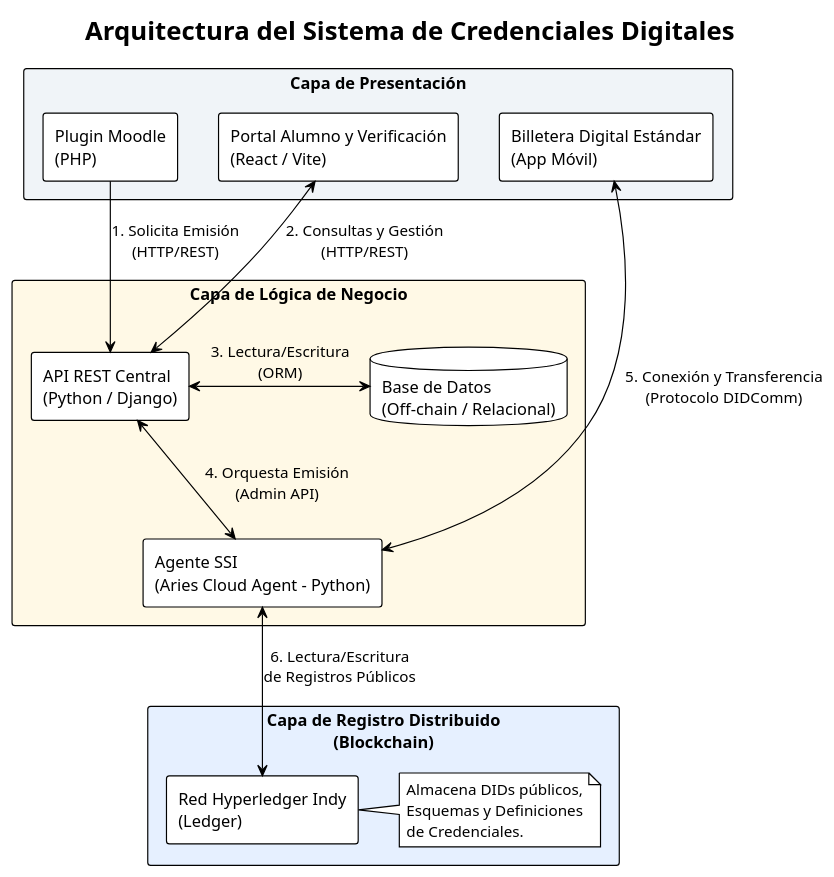
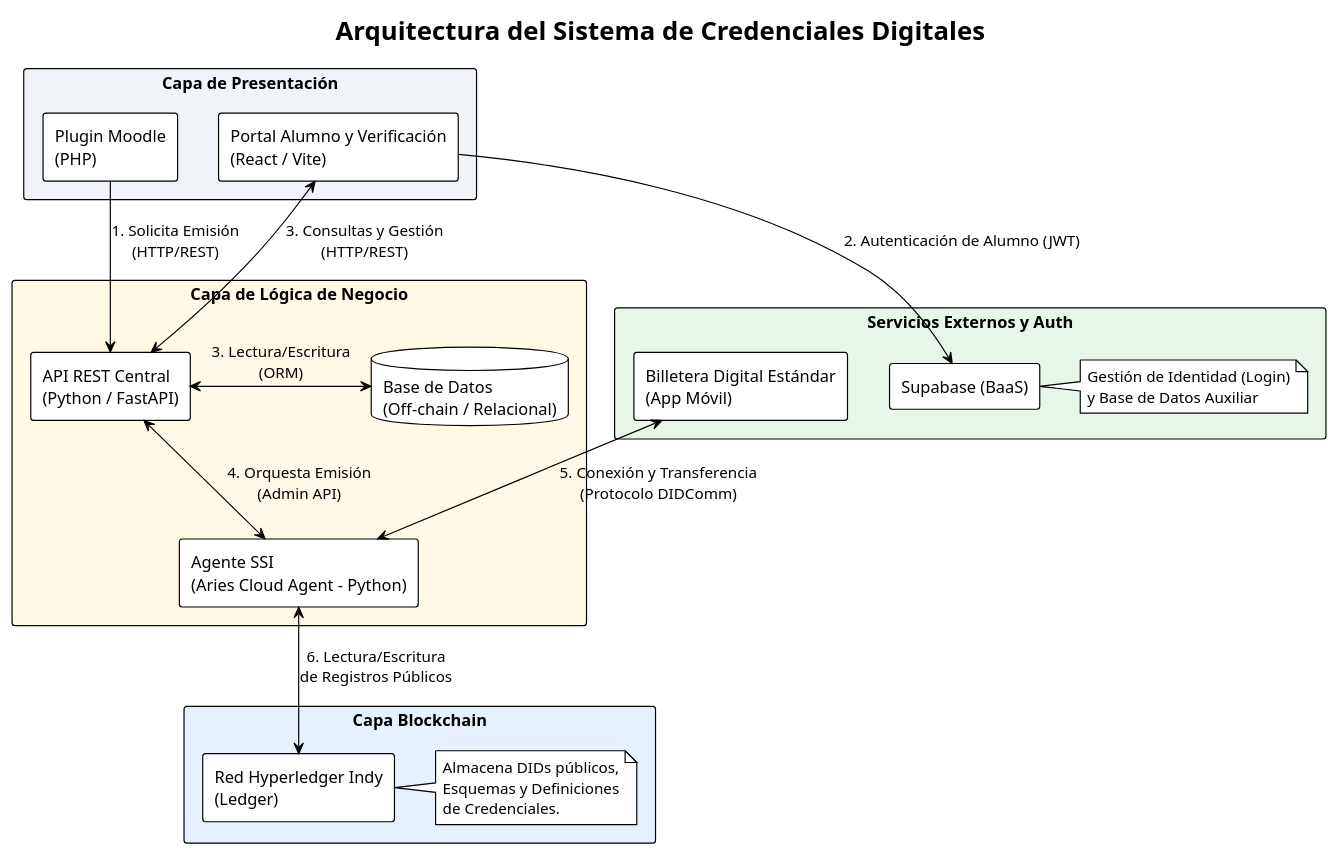
Before and after one commit to brahianf1/blockchain-credentials: the diagram in docs/diagram-architecture.puml, drawn with PlantUML.

Commit message:
docs: update architecture diagram with auth and external services

```diff
--- a/docs/diagram-architecture.puml
+++ b/docs/diagram-architecture.puml
@@ -1,43 +1,48 @@
 @startuml
 !theme plain
 skinparam componentStyle rectangle
 skinparam packageStyle rectangle
 skinparam DefaultFontName Arial
 
-title Arquitectura del Sistema de Credenciales Digitales
+title Arquitectura del Sistema de Credenciales Digitales 
 
 package "Capa de Presentación" as Frontend #F0F4F8 {
     component "Plugin Moodle\n(PHP)" as Moodle #FFFFFF
     component "Portal Alumno y Verificación\n(React / Vite)" as Portal #FFFFFF
-    component "Billetera Digital Estándar\n(App Móvil)" as Wallet #FFFFFF
 }
 
-package "Capa de Lógica de Negocio\n" as Backend #FFF9E6 {
-    component "API REST Central\n(Python / Django)" as API #FFFFFF
+package "Capa de Lógica de Negocio\n" as Backend #FFF9E6{
+    component "API REST Central\n(Python / FastAPI)" as API #FFFFFF
     database "Base de Datos\n(Off-chain / Relacional)" as BD #FFFFFF
     component "Agente SSI\n(Aries Cloud Agent - Python)" as Agente #FFFFFF
 }
+package "Servicios Externos y Auth" as Externos #E8F5E9{
+     component "Billetera Digital Estándar\n(App Móvil)" as Wallet #FFFFFF
+    [Supabase (BaaS)] as Supabase
+    note right of Supabase : Gestión de Identidad (Login)\ny Base de Datos Auxiliar
+}
 
-package "Capa de Registro Distribuido\n(Blockchain)" as Blockchain #E6F0FF {
+package "Capa Blockchain" as Blockchain #E6F0FF {
     component "Red Hyperledger Indy\n(Ledger)" as Indy #FFFFFF
     
     note right of Indy
       Almacena DIDs públicos,
       Esquemas y Definiciones
       de Credenciales.
     end note
 }
 
 ' Relaciones Frontend - Backend
 Moodle -down-> API : 1. Solicita Emisión\n(HTTP/REST)
-Portal <-down-> API : 2. Consultas y Gestión\n(HTTP/REST)
+Portal --> Supabase : 2. Autenticación de Alumno (JWT)
+Portal <-down-> API : 3. Consultas y Gestión\n(HTTP/REST)
 
 ' Relaciones Internas Backend
 API <-right-> BD : 3. Lectura/Escritura\n(ORM)
 API <-down-> Agente : 4. Orquesta Emisión\n(Admin API)
 
 ' Relaciones SSI / Blockchain
 Wallet <-right-> Agente : 5. Conexión y Transferencia\n(Protocolo DIDComm)
 Agente <-down-> Indy : 6. Lectura/Escritura\nde Registros Públicos
 
-@enduml 
+@enduml
```
